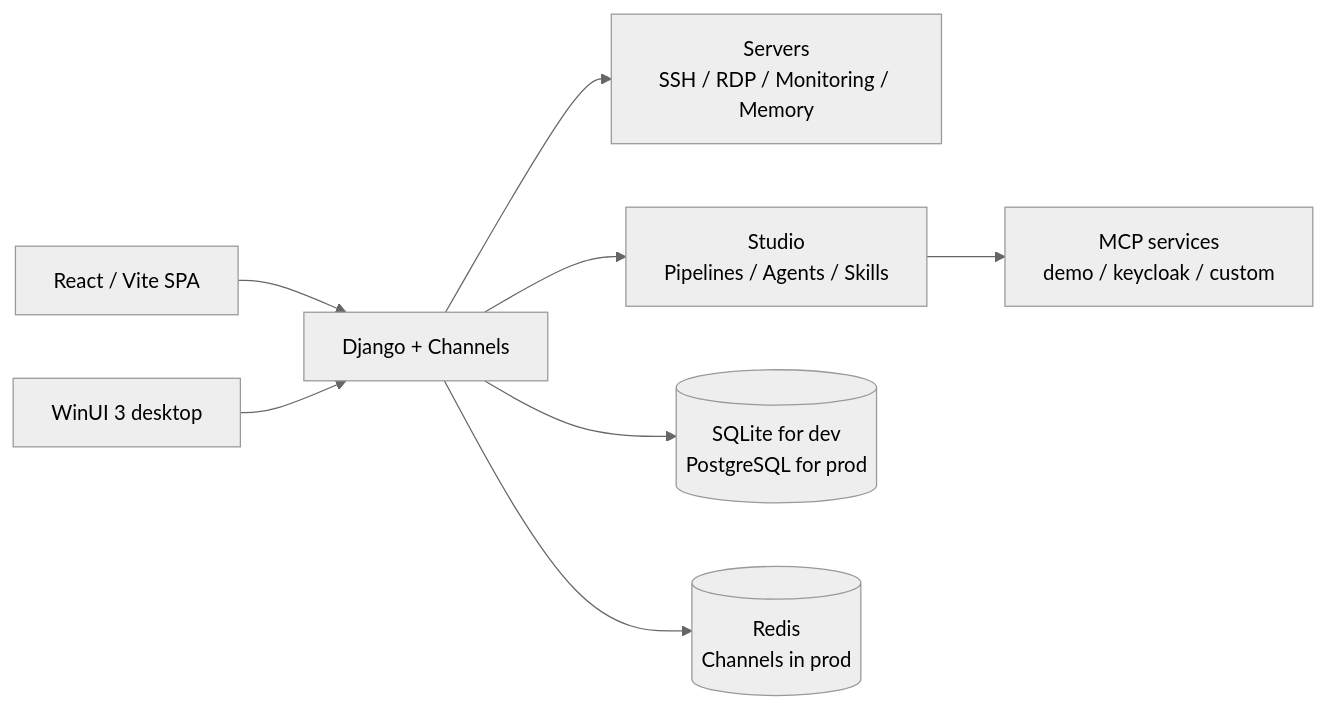
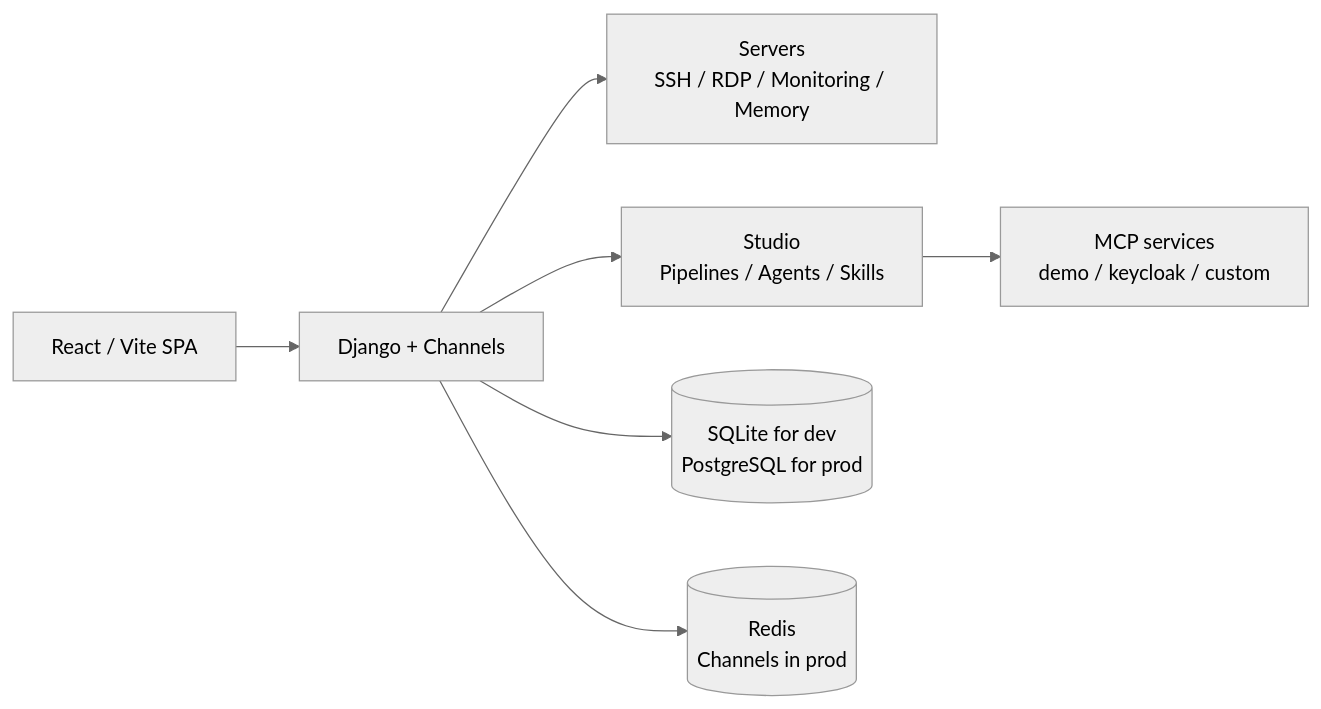
One commit to LLprod39/WebTerm changed the diagram in README.md. Above: the diagram before and after it, drawn with Mermaid (neutral theme). The commit also changed other lines of this file and 76 other files, not shown here.

````diff
--- a/README.md
+++ b/README.md
@@ -62,10 +60,9 @@
 ```mermaid
 flowchart LR
     UI["React / Vite SPA"] --> API["Django + Channels"]
-    Desktop["WinUI 3 desktop"] --> API
     API --> Servers["Servers<br/>SSH / RDP / Monitoring / Memory"]
     API --> Studio["Studio<br/>Pipelines / Agents / Skills"]
     Studio --> MCP["MCP services<br/>demo / keycloak / custom"]
     API --> DB[("SQLite for dev<br/>PostgreSQL for prod")]
     API --> Redis[("Redis<br/>Channels in prod")]
 ```
````
